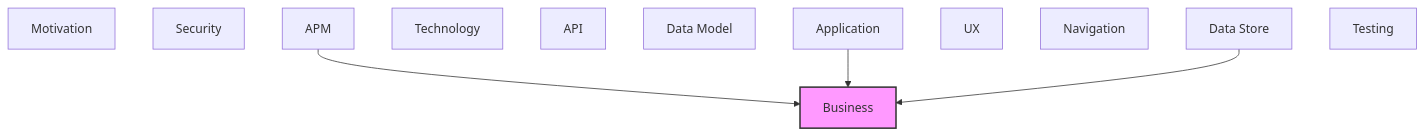
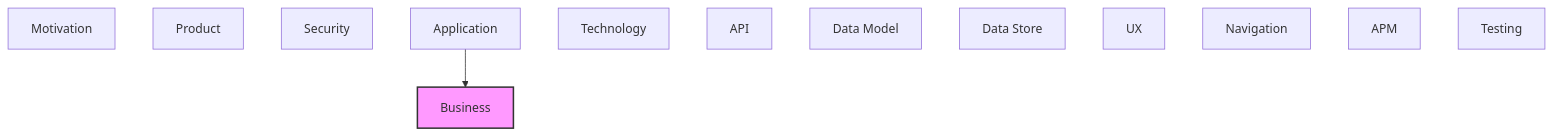
One commit to tinkermonkey/context-studio changed the second of 2 diagrams in documentation-robotics/reports/02-business-layer-report.md. Above: the diagram before and after it, drawn with Mermaid. The commit also changed other lines of this file and 21 other files, not shown here.

````diff
--- a/documentation-robotics/reports/02-business-layer-report.md
+++ b/documentation-robotics/reports/02-business-layer-report.md
@@ -54,20 +54,19 @@
 ```mermaid
 flowchart TB
   classDef current fill:#f9f,stroke:#333,stroke-width:2px
   motivation["Motivation"]
   business["Business"]
+  product["Product"]
   security["Security"]
   application["Application"]
   technology["Technology"]
   api["API"]
   data_model["Data Model"]
   data_store["Data Store"]
   ux["UX"]
   navigation["Navigation"]
   apm["APM"]
   testing["Testing"]
-  apm --> business
   application --> business
-  data_store --> business
   class business current
 ```
````
